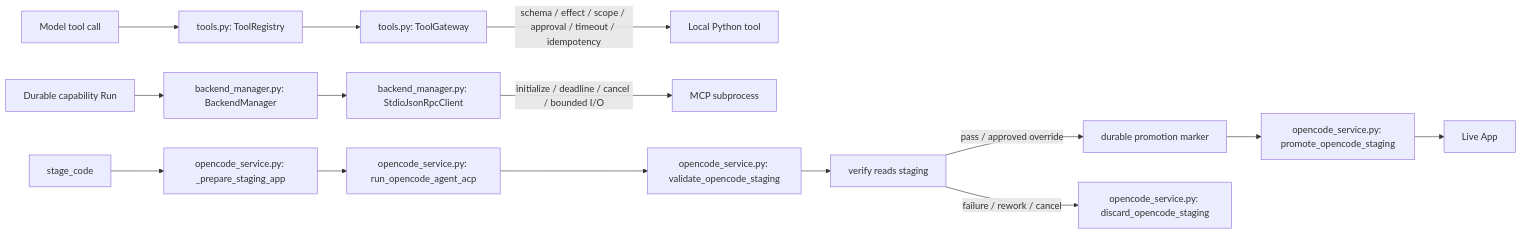
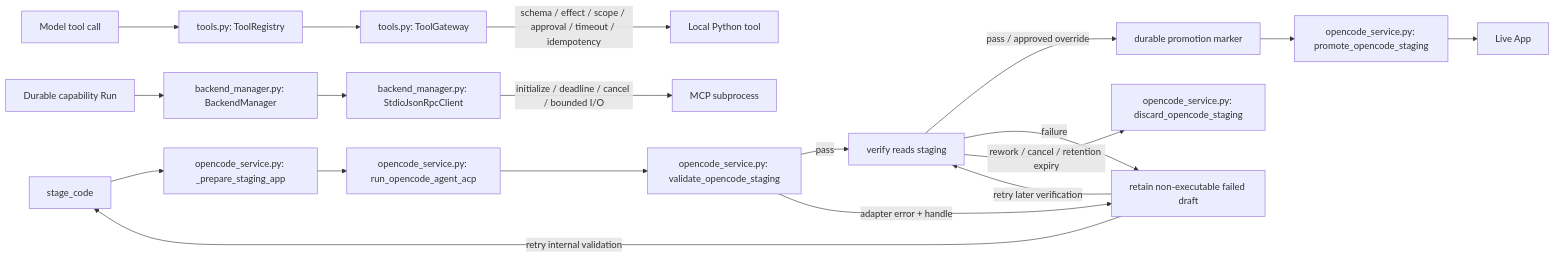
One commit to BillShiyaoZhang/ambient-agent changed the fifth of 7 diagrams in docs/en/architecture/uml.md. Above: the diagram before and after it, drawn with Mermaid. The commit also changed 27 other files, not shown here.

````diff
--- a/docs/en/architecture/uml.md
+++ b/docs/en/architecture/uml.md
@@ -154,19 +154,23 @@
 ```mermaid
 flowchart LR
     Model[Model tool call] --> Registry[tools.py: ToolRegistry]
     Registry --> Gateway[tools.py: ToolGateway]
     Gateway -->|schema / effect / scope / approval / timeout / idempotency| LocalTool[Local Python tool]
 
     Run[Durable capability Run] --> Backend[backend_manager.py: BackendManager]
     Backend --> MCP[backend_manager.py: StdioJsonRpcClient]
     MCP -->|initialize / deadline / cancel / bounded I/O| Process[MCP subprocess]
 
     Stage[stage_code] --> Prepare[opencode_service.py: _prepare_staging_app]
     Prepare --> ACP[opencode_service.py: run_opencode_agent_acp]
     ACP --> Validate[opencode_service.py: validate_opencode_staging]
-    Validate --> Verify[verify reads staging]
+    Validate -->|pass| Verify[verify reads staging]
+    Validate -->|adapter error + handle| Retain[retain non-executable failed draft]
     Verify -->|pass / approved override| Marker[durable promotion marker]
     Marker --> Promote[opencode_service.py: promote_opencode_staging]
-    Verify -->|failure / rework / cancel| Discard[opencode_service.py: discard_opencode_staging]
+    Verify -->|failure| Retain
+    Retain -->|retry internal validation| Stage
+    Retain -->|retry later verification| Verify
+    Verify -->|rework / cancel / retention expiry| Discard[opencode_service.py: discard_opencode_staging]
     Promote --> Live[Live App]
 ```
````
